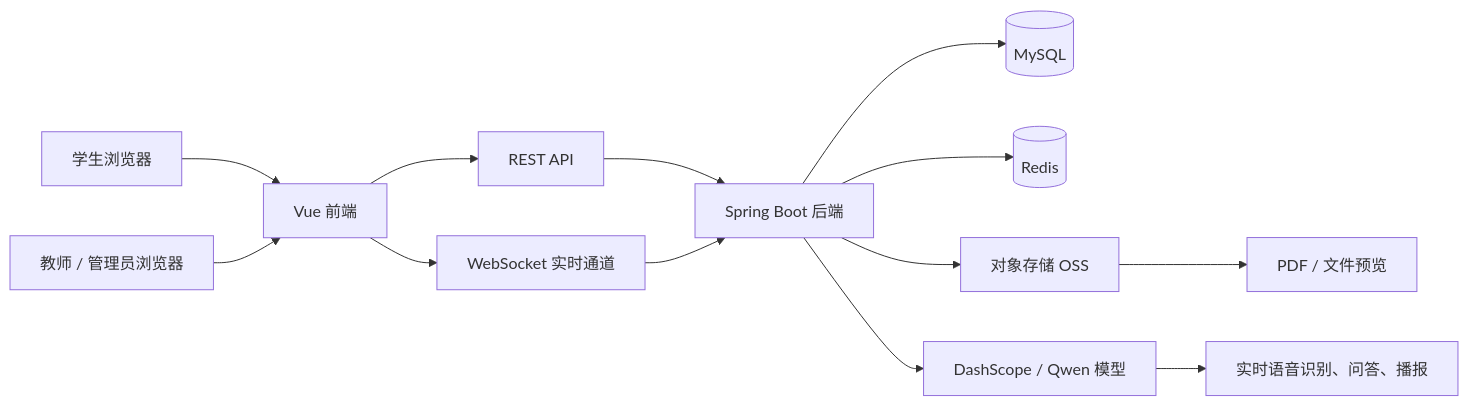
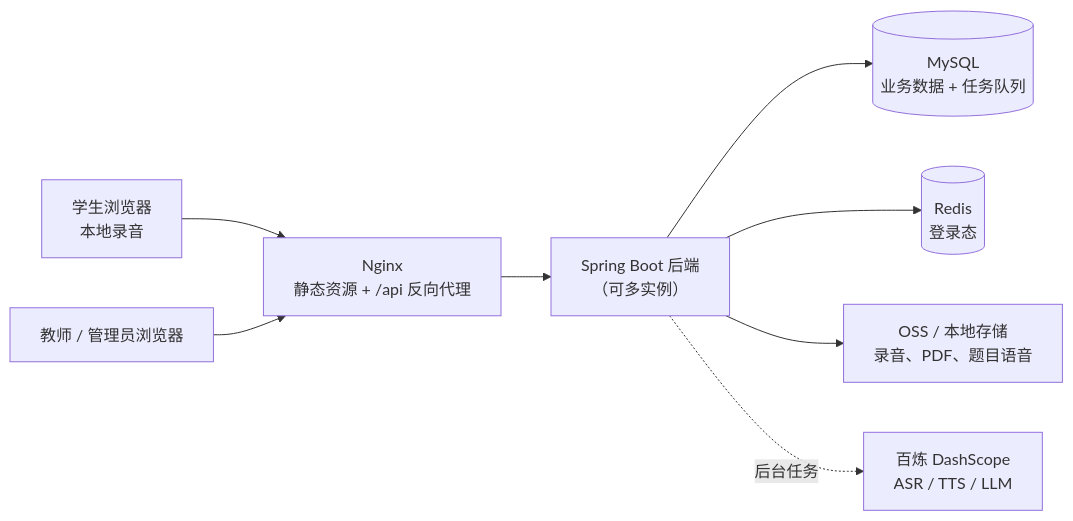
One commit to DuanHangyu/AI-interview-system changed the first of 2 diagrams in README.md. Above: the diagram before and after it, drawn with Mermaid. The commit also changed other lines of this file and 117 other files, not shown here.

````diff
--- a/README.md
+++ b/README.md
@@ -80,19 +74,10 @@
 ```mermaid
 flowchart LR
-  student["学生浏览器"] --> frontend["Vue 前端"]
-  teacher["教师 / 管理员浏览器"] --> frontend
-
-  frontend --> rest["REST API"]
-  frontend --> ws["WebSocket 实时通道"]
-
-  rest --> backend["Spring Boot 后端"]
-  ws --> backend
-
-  backend --> mysql[("MySQL")]
-  backend --> redis[("Redis")]
-  backend --> oss["对象存储 OSS"]
-  backend --> qwen["DashScope / Qwen 模型"]
-
-  oss --> preview["PDF / 文件预览"]
-  qwen --> realtime["实时语音识别、问答、播报"]
+  student["学生浏览器<br/>本地录音"] --> nginx["Nginx<br/>静态资源 + /api 反向代理"]
+  teacher["教师 / 管理员浏览器"] --> nginx
+  nginx --> backend["Spring Boot 后端<br/>（可多实例）"]
+  backend --> mysql[("MySQL<br/>业务数据 + 任务队列")]
+  backend --> redis[("Redis<br/>登录态")]
+  backend --> storage["OSS / 本地存储<br/>录音、PDF、题目语音"]
+  backend -. 后台任务 .-> qwen["百炼 DashScope<br/>ASR / TTS / LLM"]
 ```
````
